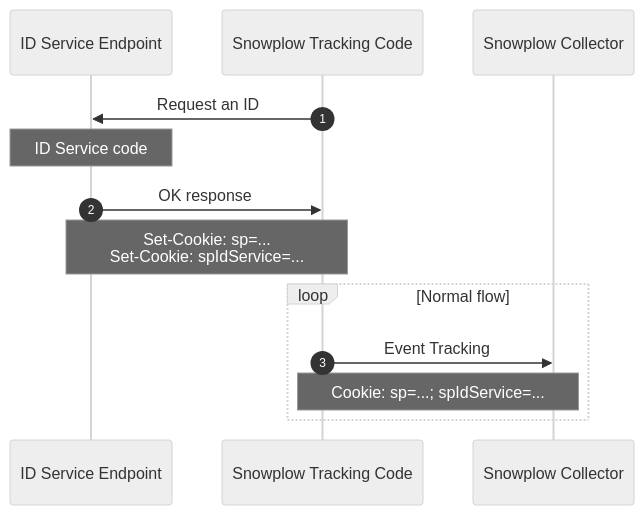
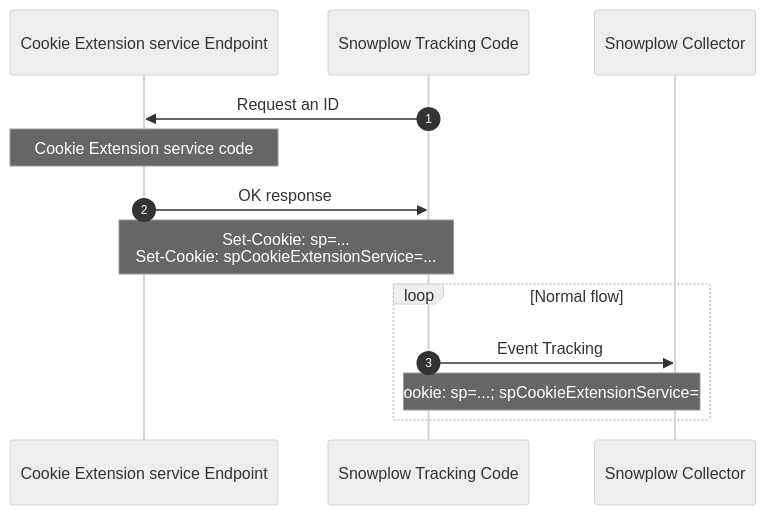
The diagram in docs/sources/trackers/javascript-trackers/web-tracker/browsers/index.md (snowplow/documentation), drawn with Mermaid (neutral theme) before and after one commit. The commit also changed other lines of this file and 5 other files, not shown here.

Commit message:
Rename ID service to Cookie Extension service

````diff
--- a/docs/sources/trackers/javascript-trackers/web-tracker/browsers/index.md
+++ b/docs/sources/trackers/javascript-trackers/web-tracker/browsers/index.md
@@ -143,15 +147,15 @@
 ```mermaid
 sequenceDiagram
     autonumber
-    participant Service as ID Service Endpoint
+    participant Service as Cookie Extension service Endpoint
     participant Tracking as Snowplow Tracking Code
     participant Collector as Snowplow Collector
     Tracking->>Service: Request an ID
-    note over Service: ID Service code
+    note over Service: Cookie Extension service code
     Service->>Tracking: OK response
-    note over Tracking,Service: Set-Cookie: sp=...<br/>Set-Cookie: spIdService=...
+    note over Tracking,Service: Set-Cookie: sp=...<br/>Set-Cookie: spCookieExtensionService=...
     loop Normal flow
         Tracking->>Collector: Event Tracking
-        note over Tracking,Collector: Cookie: sp=...#59; spIdService=...
+        note over Tracking,Collector: Cookie: sp=...#59; spCookieExtensionService=...
     end
 ```
````
